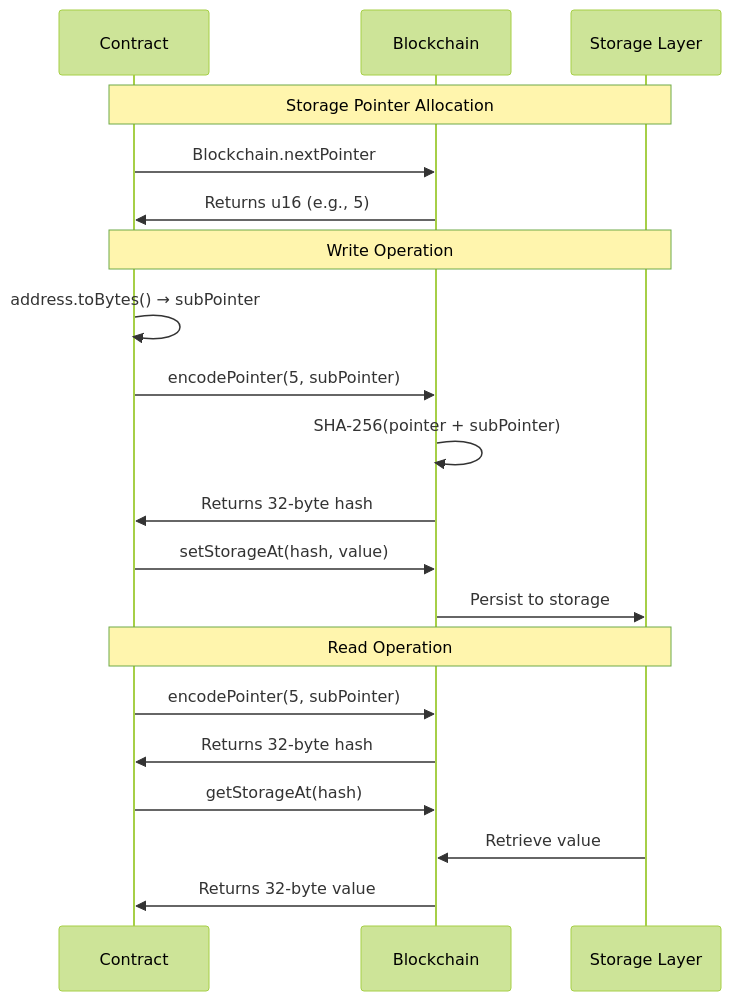
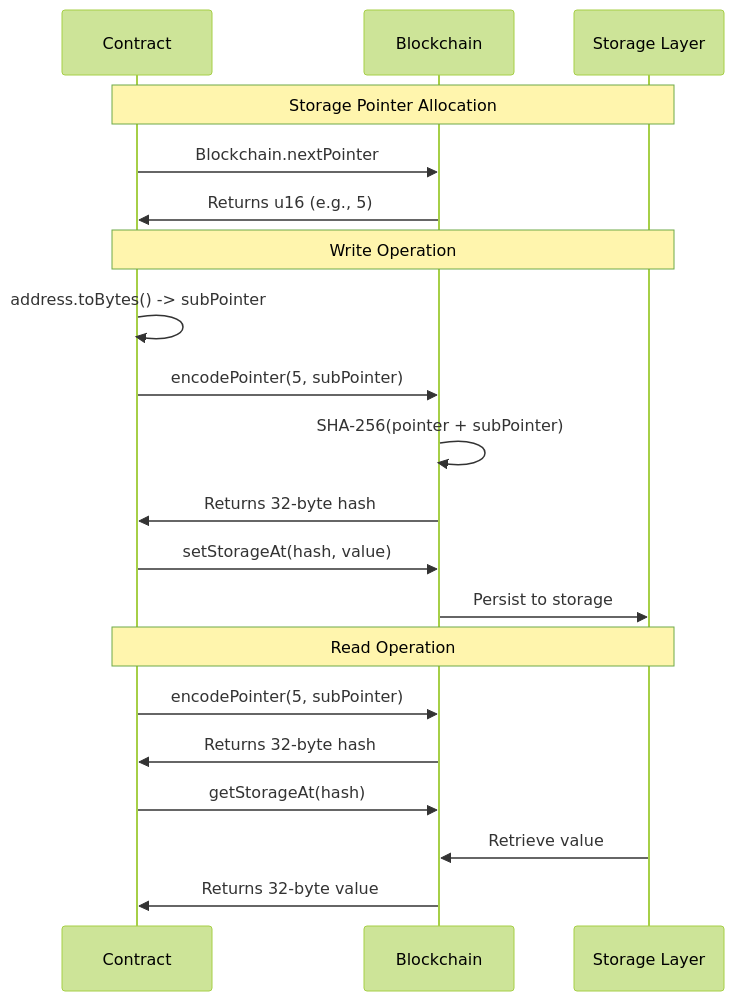
One commit to btc-vision/btc-runtime changed the third of 7 diagrams in docs/api-reference/blockchain.md. Above: the diagram before and after it, drawn with Mermaid (forest theme). The commit also changed other lines of this file and 5 other files, not shown here.

````diff
--- a/docs/api-reference/blockchain.md
+++ b/docs/api-reference/blockchain.md
@@ -108,25 +265,25 @@
 ```mermaid
 sequenceDiagram
     participant C as Contract
     participant B as Blockchain
     participant S as Storage Layer
 
     Note over C,S: Storage Pointer Allocation
     C->>B: Blockchain.nextPointer
     B->>C: Returns u16 (e.g., 5)
 
     Note over C,S: Write Operation
-    C->>C: address.toBytes() → subPointer
+    C->>C: address.toBytes() -> subPointer
     C->>B: encodePointer(5, subPointer)
     B->>B: SHA-256(pointer + subPointer)
     B->>C: Returns 32-byte hash
     C->>B: setStorageAt(hash, value)
     B->>S: Persist to storage
 
     Note over C,S: Read Operation
     C->>B: encodePointer(5, subPointer)
     B->>C: Returns 32-byte hash
     C->>B: getStorageAt(hash)
     S->>B: Retrieve value
     B->>C: Returns 32-byte value
 ```
````
